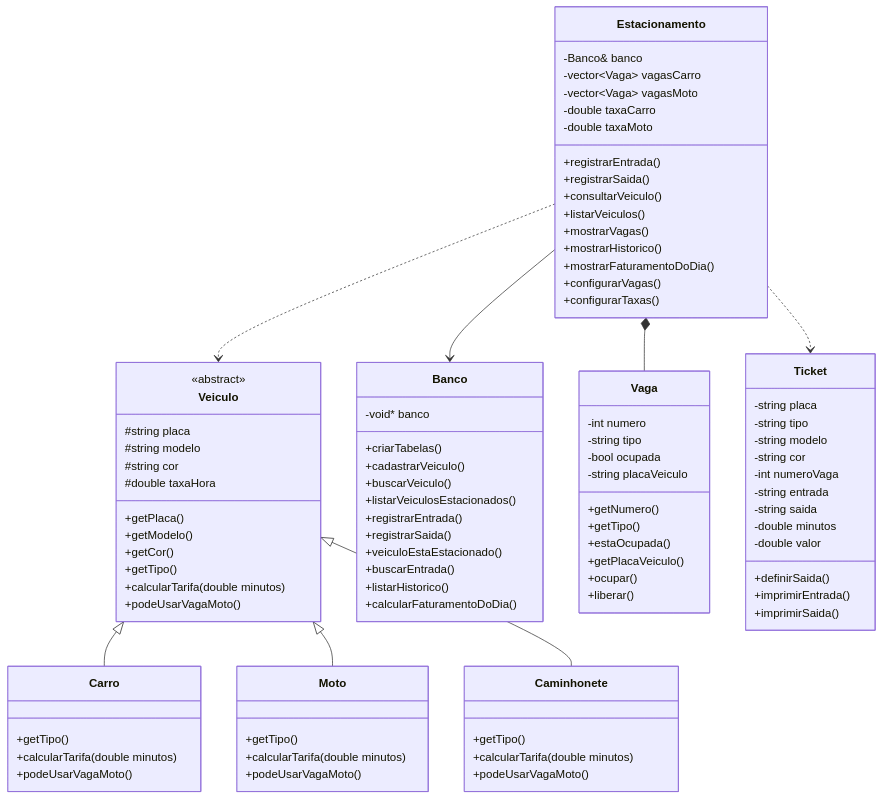
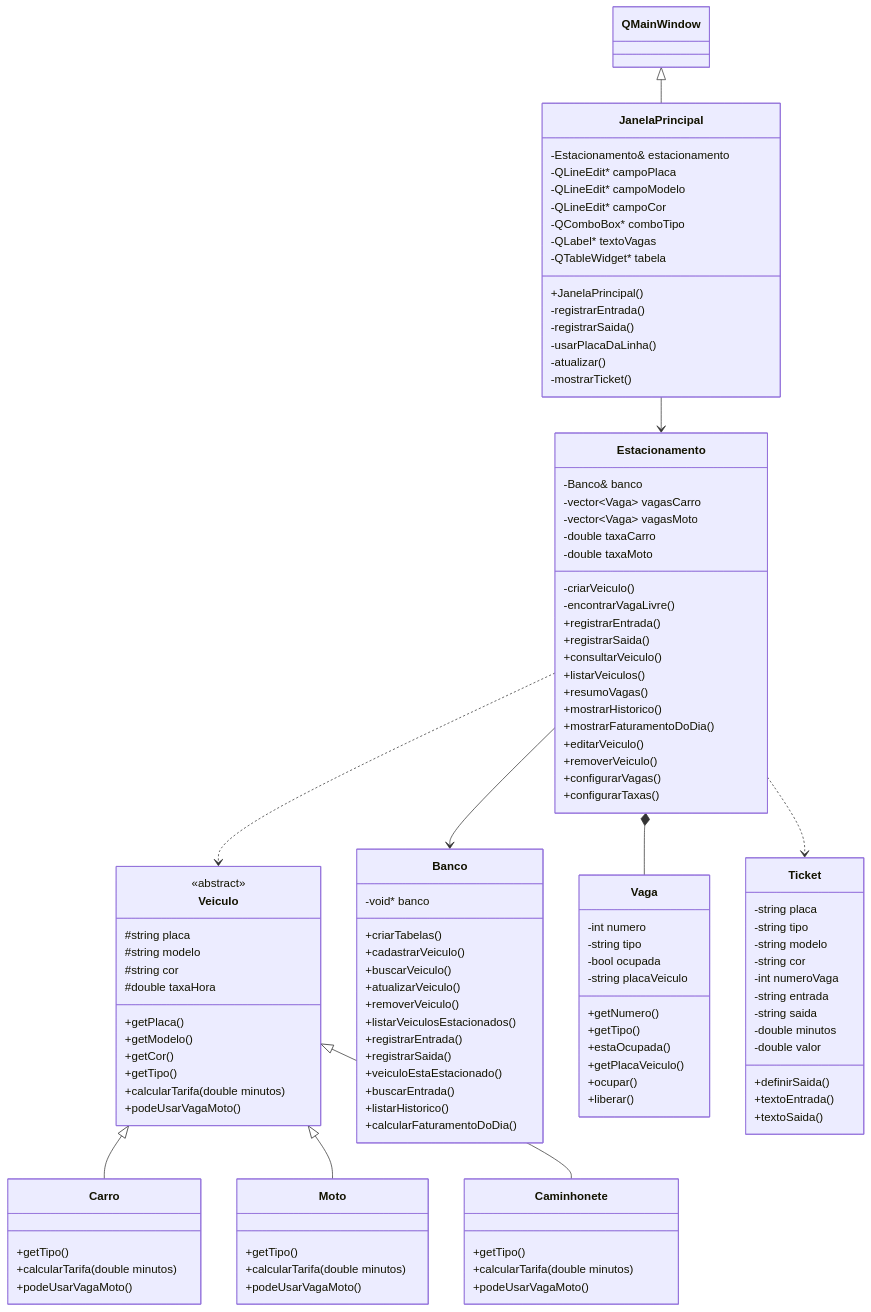
Before and after one commit to MrTicos/Sistema-de-Gerenciamento-de-um-estacionamento-: the first of 3 diagrams in README.md, drawn with Mermaid. The commit also changed other lines of this file, not shown here.

````diff
--- a/README.md
+++ b/README.md
@@ -182,7 +239,9 @@
     Veiculo <|-- Carro
     Veiculo <|-- Moto
     Veiculo <|-- Caminhonete
+    QMainWindow <|-- JanelaPrincipal
 
+    JanelaPrincipal --> Estacionamento
     Estacionamento --> Banco
     Estacionamento *-- Vaga
     Estacionamento ..> Veiculo
@@ -244,8 +303,8 @@
         -double minutos
         -double valor
         +definirSaida()
-        +imprimirEntrada()
-        +imprimirSaida()
+        +textoEntrada()
+        +textoSaida()
     }
 
     class Estacionamento {
@@ -254,13 +313,17 @@
         -vector~Vaga~ vagasMoto
         -double taxaCarro
         -double taxaMoto
+        -criarVeiculo()
+        -encontrarVagaLivre()
         +registrarEntrada()
         +registrarSaida()
         +consultarVeiculo()
         +listarVeiculos()
-        +mostrarVagas()
+        +resumoVagas()
         +mostrarHistorico()
         +mostrarFaturamentoDoDia()
+        +editarVeiculo()
+        +removerVeiculo()
         +configurarVagas()
         +configurarTaxas()
     }
@@ -270,6 +333,8 @@
         +criarTabelas()
         +cadastrarVeiculo()
         +buscarVeiculo()
+        +atualizarVeiculo()
+        +removerVeiculo()
         +listarVeiculosEstacionados()
         +registrarEntrada()
         +registrarSaida()
@@ -278,4 +343,20 @@
         +listarHistorico()
         +calcularFaturamentoDoDia()
     }
+
+    class JanelaPrincipal {
+        -Estacionamento& estacionamento
+        -QLineEdit* campoPlaca
+        -QLineEdit* campoModelo
+        -QLineEdit* campoCor
+        -QComboBox* comboTipo
+        -QLabel* textoVagas
+        -QTableWidget* tabela
+        +JanelaPrincipal()
+        -registrarEntrada()
+        -registrarSaida()
+        -usarPlacaDaLinha()
+        -atualizar()
+        -mostrarTicket()
+    }
 ```
````
